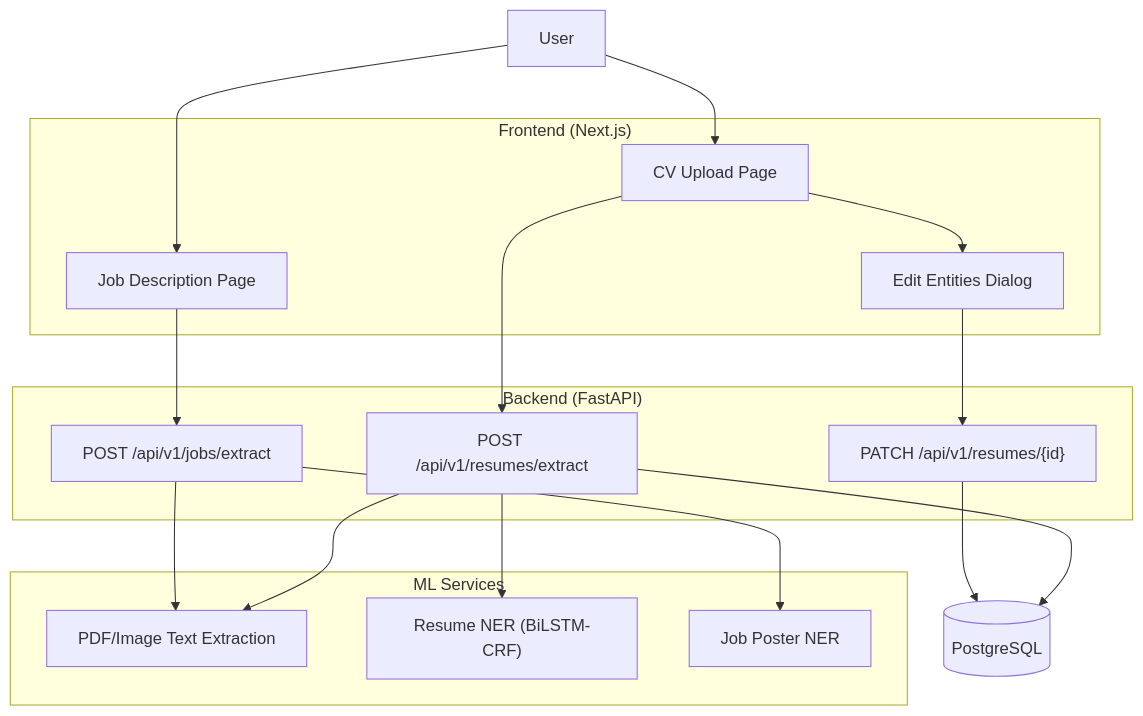
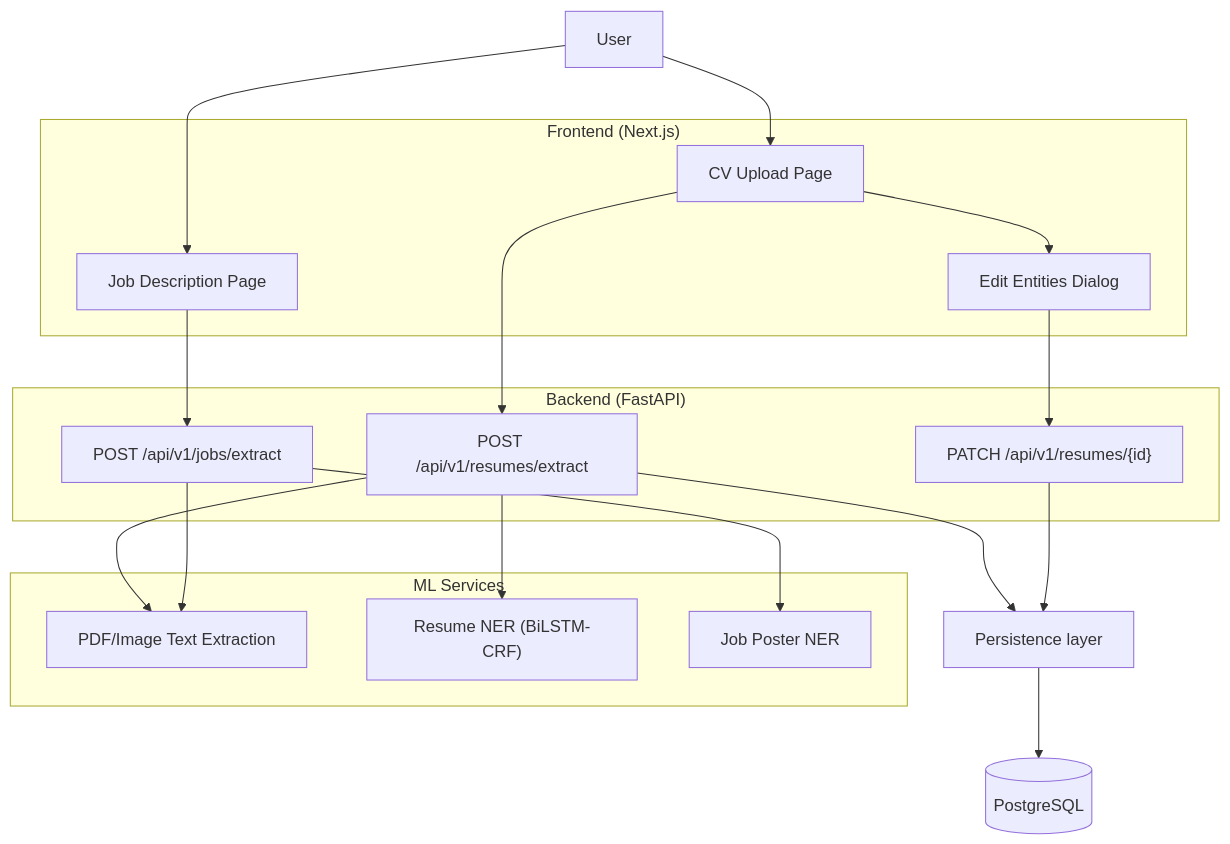
The diagram in docs/ipd/diagrams/03-prototype-component.mmd (dinalUdagedara/model-training-ner), drawn with Mermaid before and after one commit. The commit also changed 4 other files, not shown here.

Commit message:
fix: diagrams update

```diff
--- a/docs/ipd/diagrams/03-prototype-component.mmd
+++ b/docs/ipd/diagrams/03-prototype-component.mmd
@@ -1,39 +1,45 @@
 %% Current Prototype Component Diagram - CrackInt
 %% Chapter 6, Section 6.3.2
 %% IPD scope: CV upload, Job extract, Edit entities, Sessions
+%% Layout: single DB gateway so no line crosses Edit Dialog / PatchRoute
 
 flowchart TB
     User["User"]
 
     subgraph Frontend["Frontend (Next.js)"]
         CVUpload["CV Upload Page"]
         JobPage["Job Description Page"]
         EditDialog["Edit Entities Dialog"]
     end
 
     subgraph Backend["Backend (FastAPI)"]
+        JobRoute["POST /api/v1/jobs/extract"]
         ResumeRoute["POST /api/v1/resumes/extract"]
-        JobRoute["POST /api/v1/jobs/extract"]
         PatchRoute["PATCH /api/v1/resumes/{id}"]
     end
 
     subgraph ML["ML Services"]
         TextExtract["PDF/Image Text Extraction"]
         ResumeNER["Resume NER (BiLSTM-CRF)"]
         JobNER["Job Poster NER"]
     end
 
+    %% Single gateway: both DB connections go straight down (no rightward line across diagram)
+    Persistence["Persistence layer"]
     DB[(PostgreSQL)]
 
     User --> CVUpload
     User --> JobPage
     CVUpload --> ResumeRoute
     JobPage --> JobRoute
+    CVUpload --> EditDialog
+    EditDialog --> PatchRoute
+
     ResumeRoute --> TextExtract
     ResumeRoute --> ResumeNER
     JobRoute --> TextExtract
     JobRoute --> JobNER
-    ResumeRoute --> DB
-    CVUpload --> EditDialog
-    EditDialog --> PatchRoute
-    PatchRoute --> DB
+
+    ResumeRoute --> Persistence
+    PatchRoute --> Persistence
+    Persistence --> DB
```
